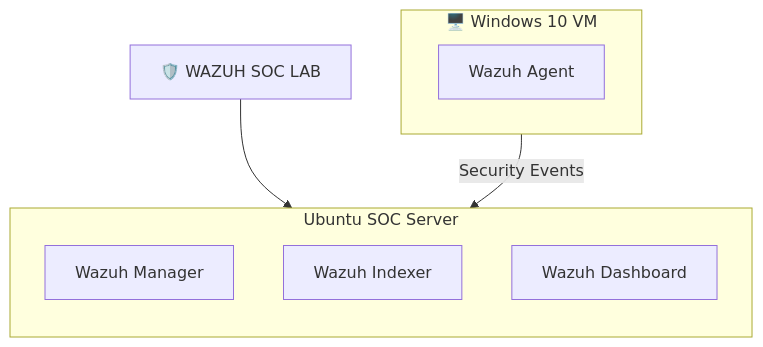
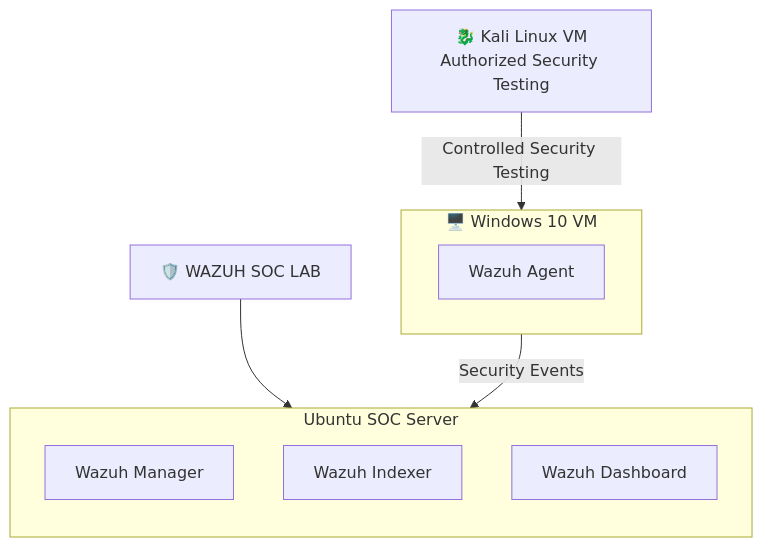
The first of 3 diagrams in README.md (daniyal-sec/Wazuh-SOC-Home-Lab), drawn with Mermaid before and after one commit. The commit also changed other lines of this file, not shown here.

````diff
--- a/README.md
+++ b/README.md
@@ -105,14 +107,15 @@
 ```mermaid
 flowchart TD
     L["🛡️ WAZUH SOC LAB"] --> SRV
+    K["🐉 Kali Linux VM<br/>Authorized Security Testing"] -- "Controlled Security Testing" --> EP
+    subgraph EP["🖥️ Windows 10 VM"]
+        WA["Wazuh Agent"]
+    end
     subgraph SRV["Ubuntu SOC Server"]
         direction TB
         WM["Wazuh Manager"]
         WI["Wazuh Indexer"]
         WD["Wazuh Dashboard"]
     end
-    subgraph EP["🖥️ Windows 10 VM"]
-        WA["Wazuh Agent"]
-    end
     EP -- "Security Events" --> SRV
 ```
````
